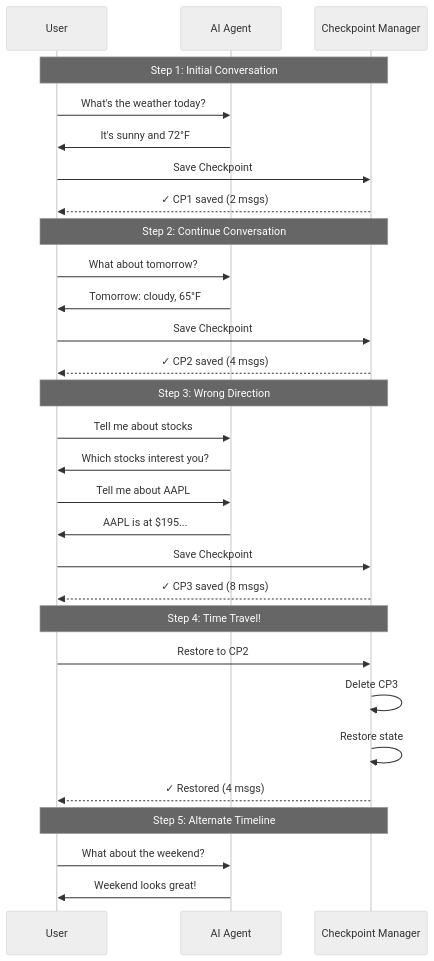
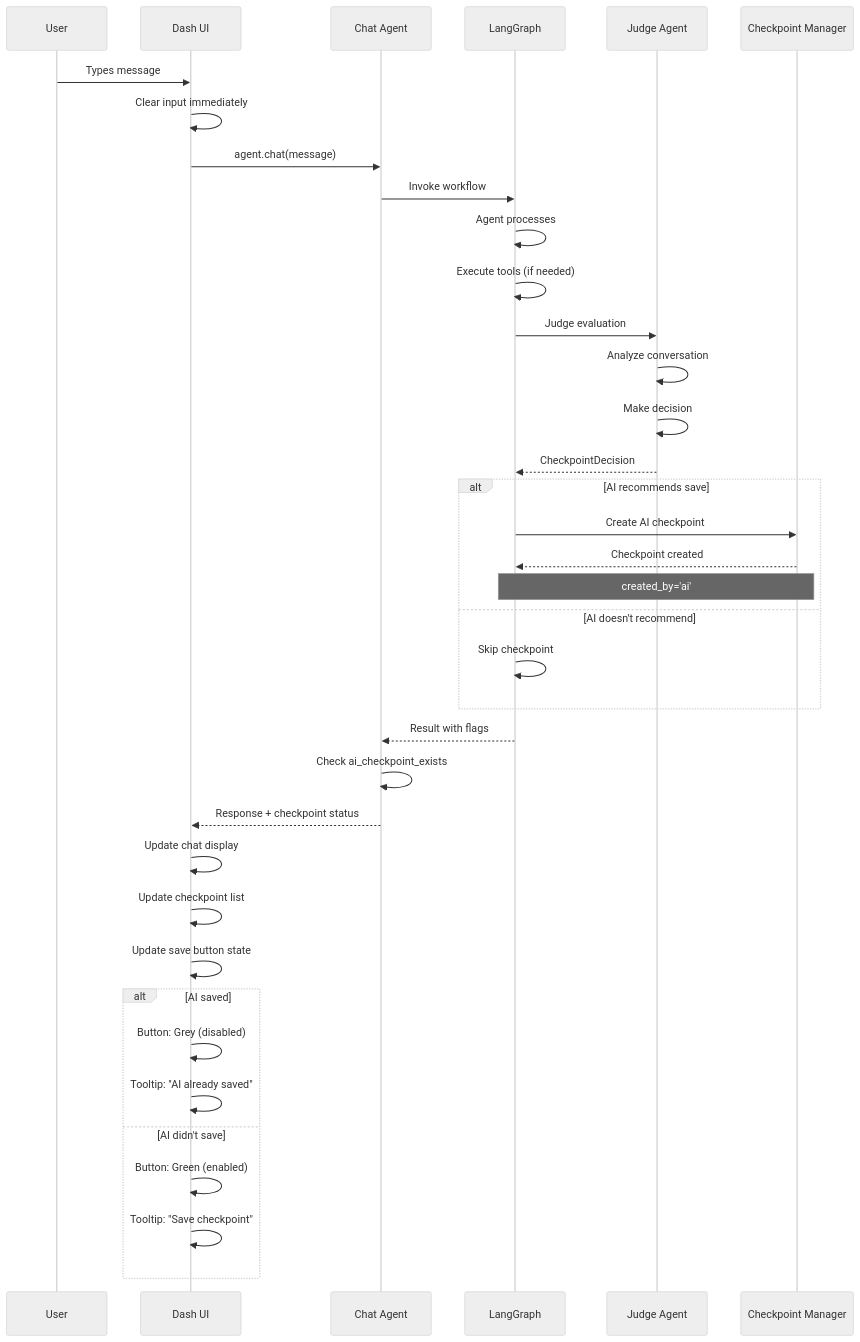
Diagram 12 of 21 in docs/TIME_TRAVEL.md (Panegyric0926/checkpoint), drawn with Mermaid (neutral theme) before and after one commit. The commit also changed other lines of this file and 5 other files, not shown here.

````diff
--- a/docs/TIME_TRAVEL.md
+++ b/docs/TIME_TRAVEL.md
@@ -217,36 +506,46 @@
 ```mermaid
 sequenceDiagram
     participant U as User
-    participant A as AI Agent
+    participant UI as Dash UI
+    participant A as Chat Agent
+    participant G as LangGraph
+    participant J as Judge Agent
     participant CM as Checkpoint Manager
     
-    Note over U,CM: Step 1: Initial Conversation
-    U->>A: What's the weather today?
-    A->>U: It's sunny and 72°F
-    U->>CM: Save Checkpoint
-    CM-->>U: ✓ CP1 saved (2 msgs)
+    U->>UI: Types message
+    UI->>UI: Clear input immediately
+    UI->>A: agent.chat(message)
     
-    Note over U,CM: Step 2: Continue Conversation
-    U->>A: What about tomorrow?
-    A->>U: Tomorrow: cloudy, 65°F
-    U->>CM: Save Checkpoint
-    CM-->>U: ✓ CP2 saved (4 msgs)
+    A->>G: Invoke workflow
+    G->>G: Agent processes
+    G->>G: Execute tools (if needed)
+    G->>J: Judge evaluation
     
-    Note over U,CM: Step 3: Wrong Direction
-    U->>A: Tell me about stocks
-    A->>U: Which stocks interest you?
-    U->>A: Tell me about AAPL
-    A->>U: AAPL is at $195...
-    U->>CM: Save Checkpoint
-    CM-->>U: ✓ CP3 saved (8 msgs)
+    J->>J: Analyze conversation
+    J->>J: Make decision
+    J-->>G: CheckpointDecision
     
-    Note over U,CM: Step 4: Time Travel!
-    U->>CM: Restore to CP2
-    CM->>CM: Delete CP3
-    CM->>CM: Restore state
-    CM-->>U: ✓ Restored (4 msgs)
+    alt AI recommends save
+        G->>CM: Create AI checkpoint
+        CM-->>G: Checkpoint created
+        Note over G,CM: created_by='ai'
+    else AI doesn't recommend
+        G->>G: Skip checkpoint
+    end
     
-    Note over U,CM: Step 5: Alternate Timeline
-    U->>A: What about the weekend?
-    A->>U: Weekend looks great!
+    G-->>A: Result with flags
+    A->>A: Check ai_checkpoint_exists
+    A-->>UI: Response + checkpoint status
+    
+    UI->>UI: Update chat display
+    UI->>UI: Update checkpoint list
+    UI->>UI: Update save button state
+    
+    alt AI saved
+        UI->>UI: Button: Grey (disabled)
+        UI->>UI: Tooltip: "AI already saved"
+    else AI didn't save
+        UI->>UI: Button: Green (enabled)
+        UI->>UI: Tooltip: "Save checkpoint"
+    end
 ```
````
